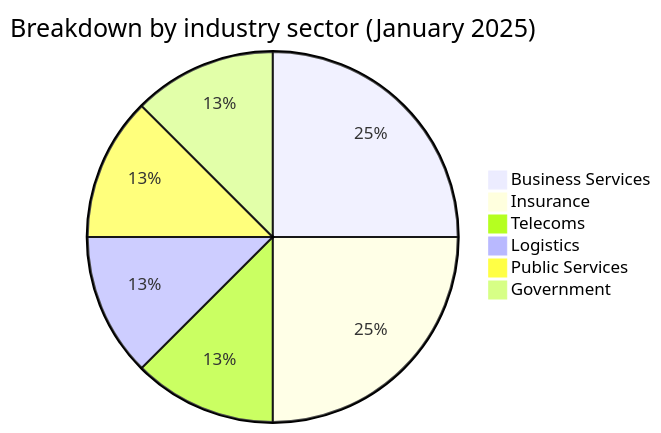
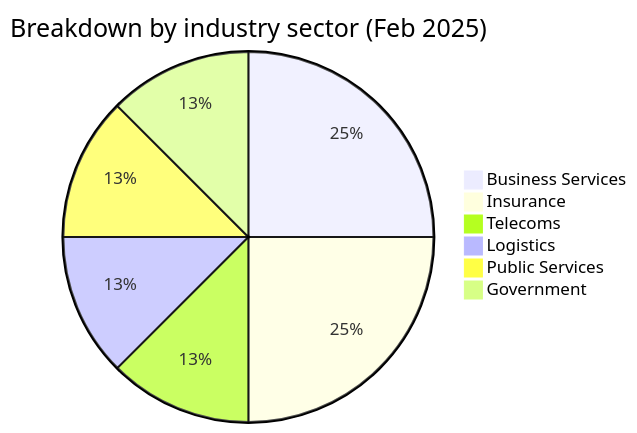
Before and after one commit to Hatchepsoute/AFRINTEL: the first of 4 diagrams in reports/2025/02-february/README.md, drawn with Mermaid. The commit also changed 3 other files, not shown here.

````diff
--- a/reports/2025/02-february/README.md
+++ b/reports/2025/02-february/README.md
@@ -42,9 +42,9 @@
 ```mermaid
-pie title Breakdown by industry sector (January 2025)
+pie title Breakdown by industry sector (Feb 2025)
     "Business Services" : 2
     "Insurance" : 2
     "Telecoms" : 1
     "Logistics" : 1
     "Public Services" : 1
     "Government" : 1
 ```
````
